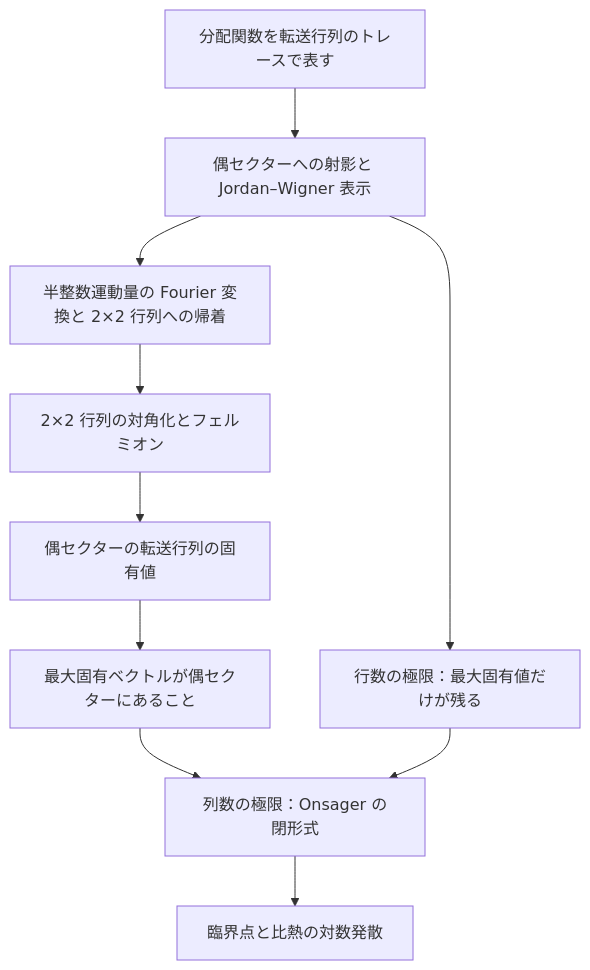
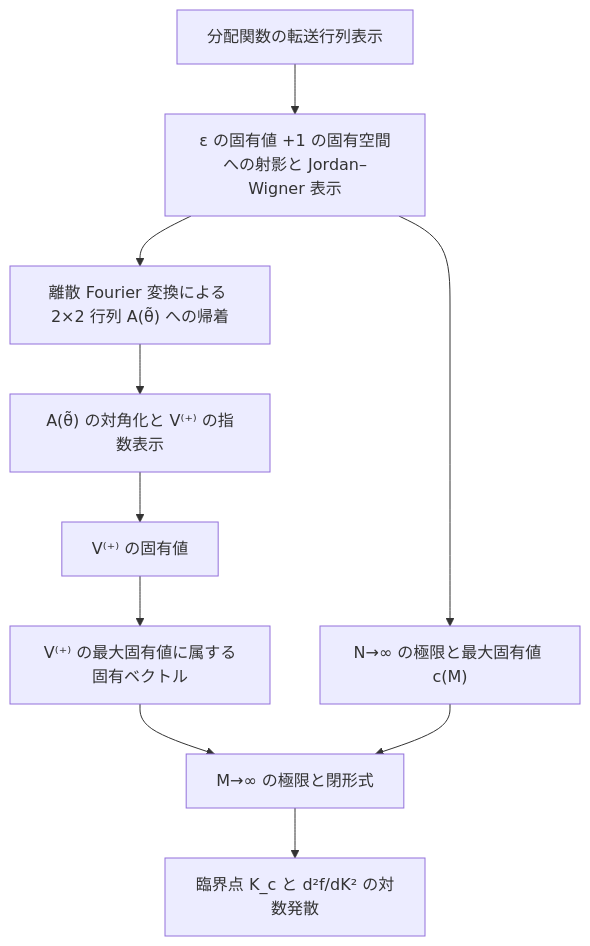
The diagram in exact-solution-of-2d-ising-model/docs/tasks/six-chapter-organization-proposal.md (masaori/math), drawn with Mermaid before and after one commit. The commit also changed other lines of this file and 1 other file, not shown here.

````diff
--- a/exact-solution-of-2d-ising-model/docs/tasks/six-chapter-organization-proposal.md
+++ b/exact-solution-of-2d-ising-model/docs/tasks/six-chapter-organization-proposal.md
@@ -172,22 +202,22 @@
 ```mermaid
 flowchart TD
-  trace["分配関数を転送行列のトレースで表す"]
-  sector["偶セクターへの射影と Jordan–Wigner 表示"]
-  fourier["半整数運動量の Fourier 変換と 2×2 行列への帰着"]
-  diag["2×2 行列の対角化とフェルミオン"]
-  eig["偶セクターの転送行列の固有値"]
-  evenvec["最大固有ベクトルが偶セクターにあること"]
-  rowlim["行数の極限：最大固有値だけが残る"]
-  collim["列数の極限：Onsager の閉形式"]
-  crit["臨界点と比熱の対数発散"]
+  trace["分配関数の転送行列表示"]
+  proj["ε の固有値 +1 の固有空間への射影と Jordan–Wigner 表示"]
+  fourier["離散 Fourier 変換による 2×2 行列 A(θ̃) への帰着"]
+  diag["A(θ̃) の対角化と V⁽⁺⁾ の指数表示"]
+  eig["V⁽⁺⁾ の固有値"]
+  maxvec["V⁽⁺⁾ の最大固有値に属する固有ベクトル"]
+  rowlim["N→∞ の極限と最大固有値 c(M)"]
+  collim["M→∞ の極限と閉形式"]
+  crit["臨界点 K_c と d²f/dK² の対数発散"]
 
-  trace --> sector
-  sector --> fourier
+  trace --> proj
+  proj --> fourier
   fourier --> diag
   diag --> eig
-  eig --> evenvec
-  evenvec --> collim
-  sector --> rowlim
+  eig --> maxvec
+  maxvec --> collim
+  proj --> rowlim
   rowlim --> collim
   collim --> crit
 ```
````
